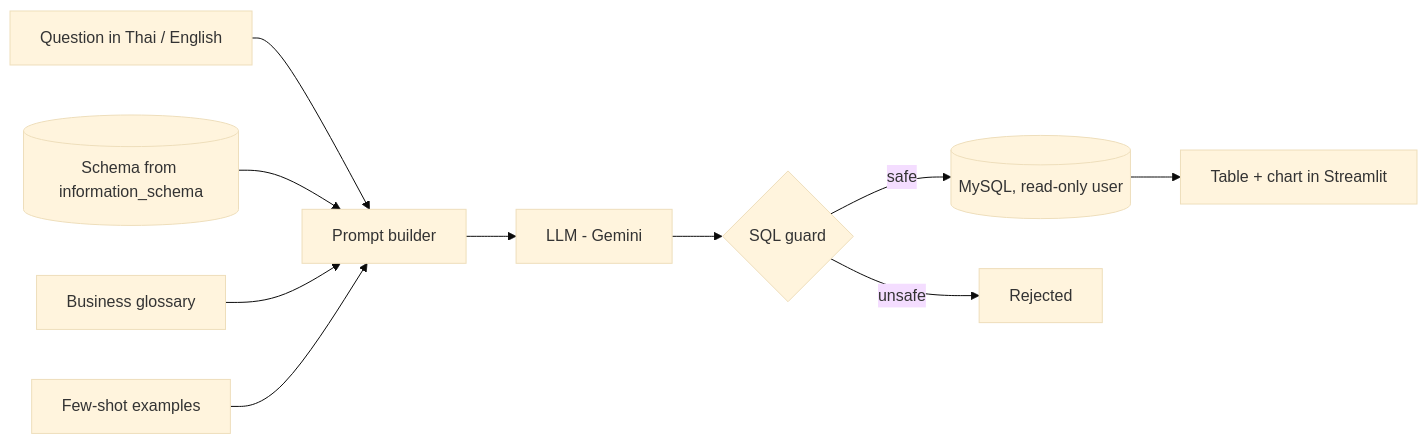
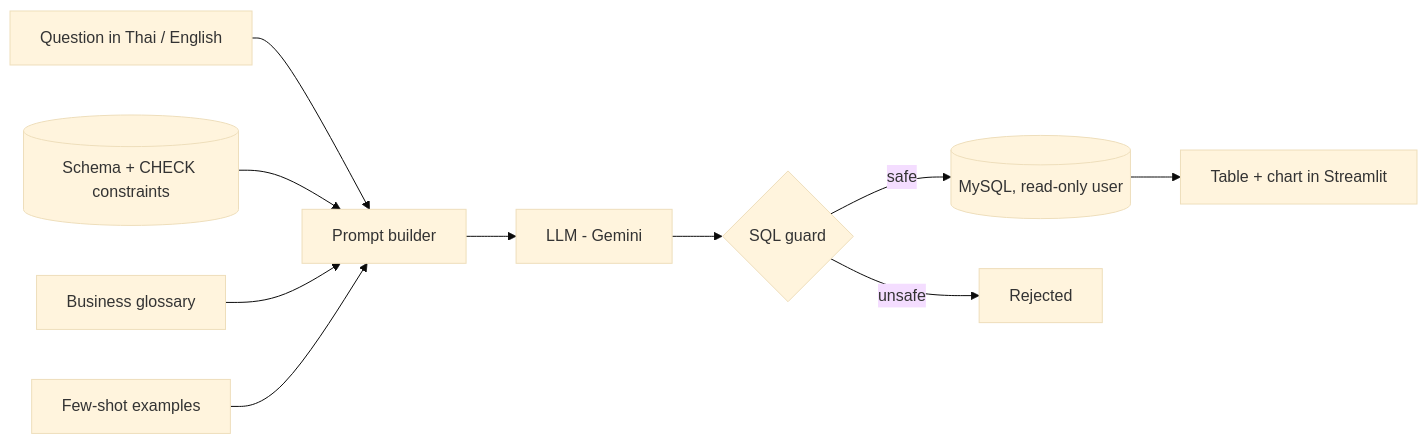
Before and after one commit to Pingxi57/coffee-chain-text2sql: the diagram in README.md, drawn with Mermaid (base theme). The commit also changed other lines of this file and 2 other files, not shown here.

````diff
--- a/README.md
+++ b/README.md
@@ -23,12 +23,12 @@
 ```mermaid
 flowchart LR
     Q[Question in Thai / English] --> P[Prompt builder]
-    S[(Schema from information_schema)] --> P
+    S[(Schema + CHECK constraints)] --> P
     G[Business glossary] --> P
     E[Few-shot examples] --> P
     P --> L[LLM - Gemini]
     L --> C{SQL guard}
     C -- safe --> DB[(MySQL, read-only user)]
     C -- unsafe --> X[Rejected]
     DB --> R[Table + chart in Streamlit]
 ```
````
